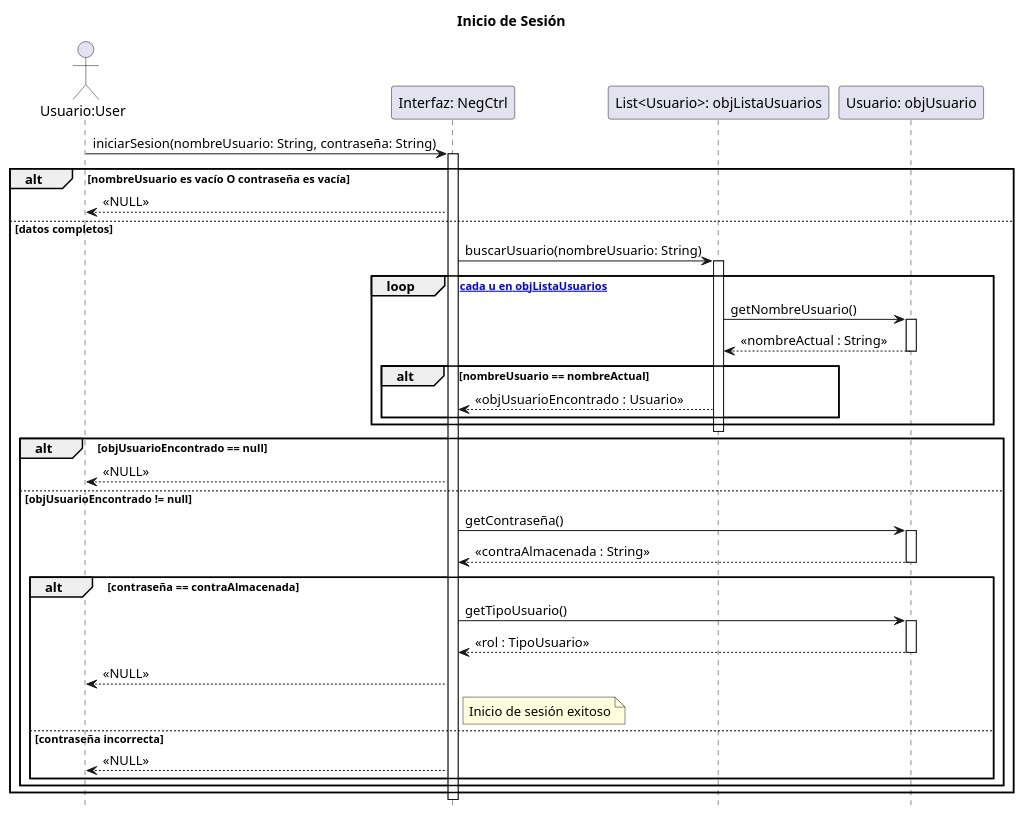
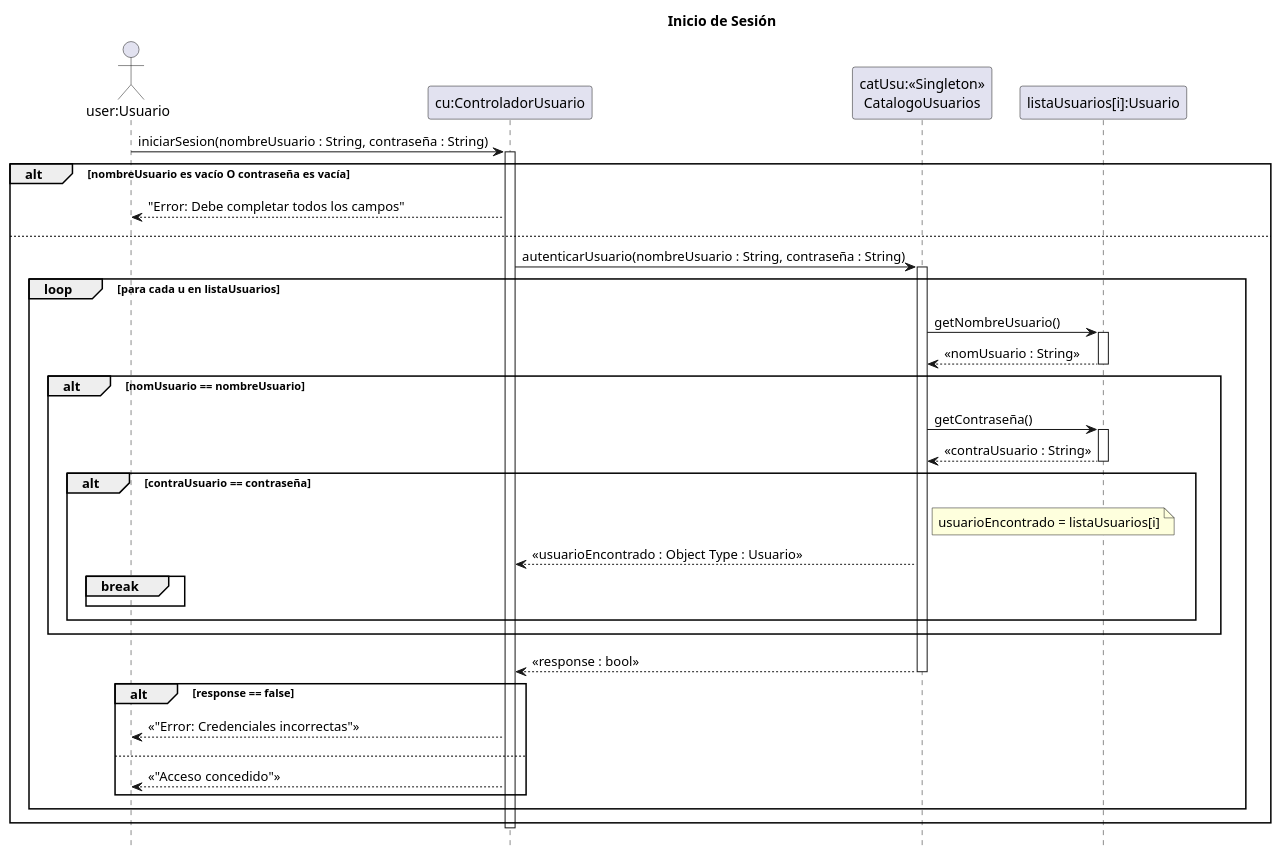
Before and after one commit to zEzequR/PF-I: the diagram in 08 - Diagramas de Secuencia de Diseño/InicioSesión/InicioSesion.puml, drawn with PlantUML. The commit also changed 19 other files, not shown here.

Commit message:
Diagramas corregidos (clases - DSD Baja y MOD)

```diff
--- a/08 - Diagramas de Secuencia de Diseño/InicioSesión/InicioSesion.puml
+++ b/08 - Diagramas de Secuencia de Diseño/InicioSesión/InicioSesion.puml
@@ -1,69 +1,61 @@
 @startuml
+!pragma teoz true
+hide footbox
 title Inicio de Sesión
 
-hide footbox
+actor "user:Usuario" as user
+participant "cu:ControladorUsuario" as cu
+participant "catUsu:<<Singleton>>\nCatalogoUsuarios" as catUsu
+participant "listaUsuarios[i]:Usuario" as arrayUsu
 
-actor "Usuario:User" as user
-participant "Interfaz: NegCtrl" as NegCtrl
-participant "List<Usuario>: objListaUsuarios" as lista
-participant "Usuario: objUsuario" as objUser
+user -> cu : iniciarSesion(nombreUsuario : String, contraseña : String)
+activate cu
 
-user -> NegCtrl : iniciarSesion(nombreUsuario: String, contraseña: String)
-activate NegCtrl
+alt nombreUsuario es vacío O contraseña es vacía
+    cu --> user : "Error: Debe completar todos los campos"
+else
+    ' El controlador delega la búsqueda al catálogo usando el método definido en V5.1
+    
+    cu -> catUsu : autenticarUsuario(nombreUsuario : String, contraseña : String)
+    activate catUsu
 
-    ' CORREGIDO: Espacios normales aquí
-    alt nombreUsuario es vacío O contraseña es vacía
-        NegCtrl --> user : <<NULL>>
-
+    loop para cada u en listaUsuarios
+        ' 1. Pedimos el nombre al objeto en la posición i
+        catUsu -> arrayUsu : getNombreUsuario()
+        activate arrayUsu
+        arrayUsu --> catUsu : <<nomUsuario : String>>
+        deactivate arrayUsu
         
-    else datos completos
-    
-        NegCtrl -> lista : buscarUsuario(nombreUsuario: String)
-        activate lista
-        
-        loop [para cada u en objListaUsuarios]
-            lista -> objUser : getNombreUsuario()
-            activate objUser
-            objUser --> lista : << nombreActual : String >>
-            deactivate objUser
+        ' 2. Comparamos nombres
+        alt nomUsuario == nombreUsuario
+            ' 3. Si el nombre coincide, pedimos la contraseña
+            catUsu -> arrayUsu : getContraseña()
+            activate arrayUsu
+            arrayUsu --> catUsu : <<contraUsuario : String>>
+            deactivate arrayUsu
             
-            alt nombreUsuario == nombreActual
-                lista --> NegCtrl : << objUsuarioEncontrado : Usuario >>
-                
+            alt contraUsuario == contraseña
+                note right of catUsu
+                    usuarioEncontrado = listaUsuarios[i]
+                end note
+                ' Si todo coincide, retornamos el usuario y cortamos
+                catUsu --> cu : <<usuarioEncontrado : Object Type : Usuario>>
+                break
             end
         end
-        deactivate lista
-        
-        alt objUsuarioEncontrado == null
-            NegCtrl --> user : <<NULL>>
+    end
+    
+    catUsu --> cu : <<response : bool>>
+    deactivate catUsu
+    
+    alt response == false
+        ' Camino Alternativo 3.a (Credenciales incorrectas)
+        cu --> user : <<"Error: Credenciales incorrectas">>
+    else
+        ' Escenario de Éxito: Acceso concedido
+        cu --> user : <<"Acceso concedido">>
+    end
+end
 
-            
-        else objUsuarioEncontrado != null
-            
-            NegCtrl -> objUser : getContraseña()
-            activate objUser
-            objUser --> NegCtrl : << contraAlmacenada : String >>
-            deactivate objUser
-            
-            alt contraseña == contraAlmacenada
-            
-                NegCtrl -> objUser : getTipoUsuario()
-                activate objUser
-                objUser --> NegCtrl : << rol : TipoUsuario >>
-                deactivate objUser
-                
-                NegCtrl --> user : <<NULL>>
-                note right of NegCtrl
-                Inicio de sesión exitoso
-                end note
-                
-            else contraseña incorrecta
-                NegCtrl --> user : <<NULL>>
-
-            end
-        end
-        
-    end
-
-deactivate NegCtrl
+deactivate cu
 @enduml
```
